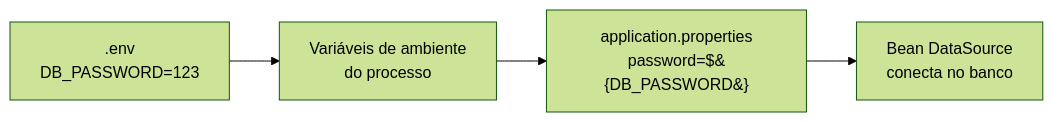
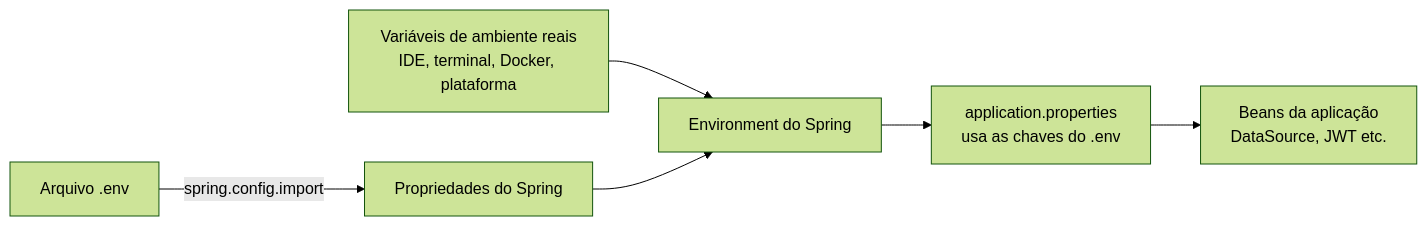
Before and after one commit to Gabriel-Reyes-Boanova/java-annotations: the second of 3 diagrams in spring/arquivos-importantes/arquivos-resumo.md, drawn with Mermaid (forest theme). The commit also changed other lines of this file, not shown here.

````diff
--- a/spring/arquivos-importantes/arquivos-resumo.md
+++ b/spring/arquivos-importantes/arquivos-resumo.md
@@ -475,6 +498,8 @@
 ```mermaid
 flowchart LR
-    A[.env<br/>DB_PASSWORD=123] --> B[Variáveis de ambiente<br/>do processo]
-    B --> C[application.properties<br/>password=$&#123;DB_PASSWORD&#125;]
-    C --> D[Bean DataSource<br/>conecta no banco]
+    A[Arquivo .env] -->|spring.config.import| B[Propriedades do Spring]
+    C[Variáveis de ambiente reais<br/>IDE, terminal, Docker, plataforma] --> D[Environment do Spring]
+    B --> D
+    D --> E[application.properties<br/>usa as chaves do .env]
+    E --> F[Beans da aplicação<br/>DataSource, JWT etc.]
 ```
````
